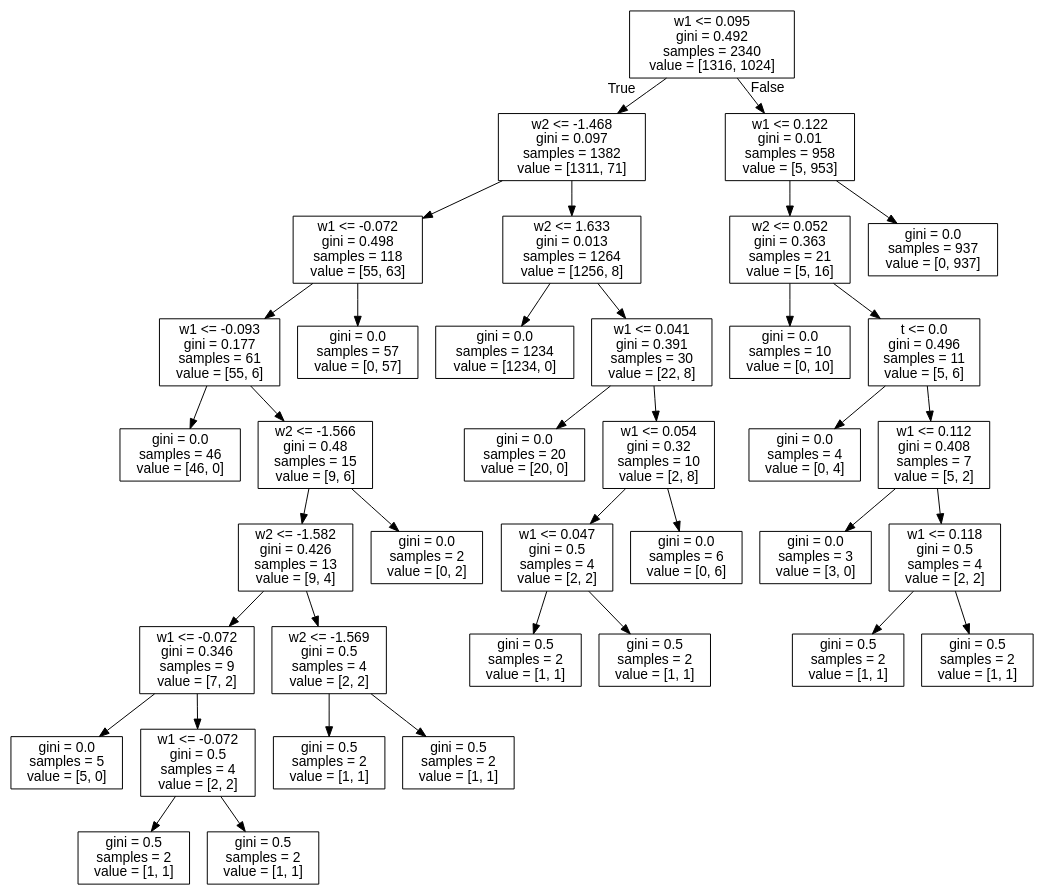
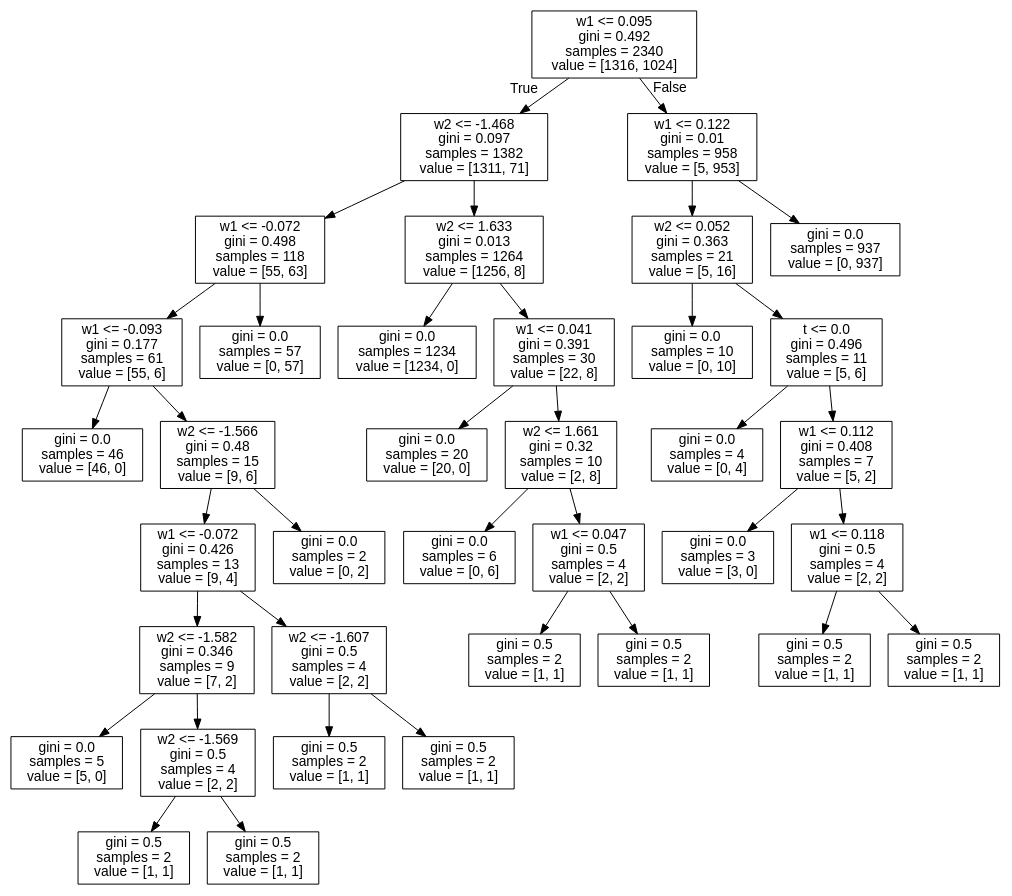
The diagram in results/converter/tree.dot (TUHH-IES/SymbolicRegression4HA), drawn with Graphviz before and after one commit. The commit also changed 2 other files, not shown here.

```diff
--- a/results/converter/tree.dot
+++ b/results/converter/tree.dot
@@ -1,77 +1,77 @@
 digraph Tree {
 node [shape=box, fontname="helvetica"] ;
 edge [fontname="helvetica"] ;
 0 [label="w1 <= 0.095\ngini = 0.492\nsamples = 2340\nvalue = [1316, 1024]"] ;
 1 [label="w2 <= -1.468\ngini = 0.097\nsamples = 1382\nvalue = [1311, 71]"] ;
 0 -> 1 [labeldistance=2.5, labelangle=45, headlabel="True"] ;
 2 [label="w1 <= -0.072\ngini = 0.498\nsamples = 118\nvalue = [55, 63]"] ;
 1 -> 2 ;
 3 [label="w1 <= -0.093\ngini = 0.177\nsamples = 61\nvalue = [55, 6]"] ;
 2 -> 3 ;
 4 [label="gini = 0.0\nsamples = 46\nvalue = [46, 0]"] ;
 3 -> 4 ;
 5 [label="w2 <= -1.566\ngini = 0.48\nsamples = 15\nvalue = [9, 6]"] ;
 3 -> 5 ;
-6 [label="w2 <= -1.582\ngini = 0.426\nsamples = 13\nvalue = [9, 4]"] ;
+6 [label="w1 <= -0.072\ngini = 0.426\nsamples = 13\nvalue = [9, 4]"] ;
 5 -> 6 ;
-7 [label="w1 <= -0.072\ngini = 0.346\nsamples = 9\nvalue = [7, 2]"] ;
+7 [label="w2 <= -1.582\ngini = 0.346\nsamples = 9\nvalue = [7, 2]"] ;
 6 -> 7 ;
 8 [label="gini = 0.0\nsamples = 5\nvalue = [5, 0]"] ;
 7 -> 8 ;
-9 [label="w1 <= -0.072\ngini = 0.5\nsamples = 4\nvalue = [2, 2]"] ;
+9 [label="w2 <= -1.569\ngini = 0.5\nsamples = 4\nvalue = [2, 2]"] ;
 7 -> 9 ;
 10 [label="gini = 0.5\nsamples = 2\nvalue = [1, 1]"] ;
 9 -> 10 ;
 11 [label="gini = 0.5\nsamples = 2\nvalue = [1, 1]"] ;
 9 -> 11 ;
-12 [label="w2 <= -1.569\ngini = 0.5\nsamples = 4\nvalue = [2, 2]"] ;
+12 [label="w2 <= -1.607\ngini = 0.5\nsamples = 4\nvalue = [2, 2]"] ;
 6 -> 12 ;
 13 [label="gini = 0.5\nsamples = 2\nvalue = [1, 1]"] ;
 12 -> 13 ;
 14 [label="gini = 0.5\nsamples = 2\nvalue = [1, 1]"] ;
 12 -> 14 ;
 15 [label="gini = 0.0\nsamples = 2\nvalue = [0, 2]"] ;
 5 -> 15 ;
 16 [label="gini = 0.0\nsamples = 57\nvalue = [0, 57]"] ;
 2 -> 16 ;
 17 [label="w2 <= 1.633\ngini = 0.013\nsamples = 1264\nvalue = [1256, 8]"] ;
 1 -> 17 ;
 18 [label="gini = 0.0\nsamples = 1234\nvalue = [1234, 0]"] ;
 17 -> 18 ;
 19 [label="w1 <= 0.041\ngini = 0.391\nsamples = 30\nvalue = [22, 8]"] ;
 17 -> 19 ;
 20 [label="gini = 0.0\nsamples = 20\nvalue = [20, 0]"] ;
 19 -> 20 ;
-21 [label="w1 <= 0.054\ngini = 0.32\nsamples = 10\nvalue = [2, 8]"] ;
+21 [label="w2 <= 1.661\ngini = 0.32\nsamples = 10\nvalue = [2, 8]"] ;
 19 -> 21 ;
-22 [label="w1 <= 0.047\ngini = 0.5\nsamples = 4\nvalue = [2, 2]"] ;
+22 [label="gini = 0.0\nsamples = 6\nvalue = [0, 6]"] ;
 21 -> 22 ;
-23 [label="gini = 0.5\nsamples = 2\nvalue = [1, 1]"] ;
-22 -> 23 ;
+23 [label="w1 <= 0.047\ngini = 0.5\nsamples = 4\nvalue = [2, 2]"] ;
+21 -> 23 ;
 24 [label="gini = 0.5\nsamples = 2\nvalue = [1, 1]"] ;
-22 -> 24 ;
-25 [label="gini = 0.0\nsamples = 6\nvalue = [0, 6]"] ;
-21 -> 25 ;
+23 -> 24 ;
+25 [label="gini = 0.5\nsamples = 2\nvalue = [1, 1]"] ;
+23 -> 25 ;
 26 [label="w1 <= 0.122\ngini = 0.01\nsamples = 958\nvalue = [5, 953]"] ;
 0 -> 26 [labeldistance=2.5, labelangle=-45, headlabel="False"] ;
 27 [label="w2 <= 0.052\ngini = 0.363\nsamples = 21\nvalue = [5, 16]"] ;
 26 -> 27 ;
 28 [label="gini = 0.0\nsamples = 10\nvalue = [0, 10]"] ;
 27 -> 28 ;
 29 [label="t <= 0.0\ngini = 0.496\nsamples = 11\nvalue = [5, 6]"] ;
 27 -> 29 ;
 30 [label="gini = 0.0\nsamples = 4\nvalue = [0, 4]"] ;
 29 -> 30 ;
 31 [label="w1 <= 0.112\ngini = 0.408\nsamples = 7\nvalue = [5, 2]"] ;
 29 -> 31 ;
 32 [label="gini = 0.0\nsamples = 3\nvalue = [3, 0]"] ;
 31 -> 32 ;
 33 [label="w1 <= 0.118\ngini = 0.5\nsamples = 4\nvalue = [2, 2]"] ;
 31 -> 33 ;
 34 [label="gini = 0.5\nsamples = 2\nvalue = [1, 1]"] ;
 33 -> 34 ;
 35 [label="gini = 0.5\nsamples = 2\nvalue = [1, 1]"] ;
 33 -> 35 ;
 36 [label="gini = 0.0\nsamples = 937\nvalue = [0, 937]"] ;
 26 -> 36 ;
 }
```
